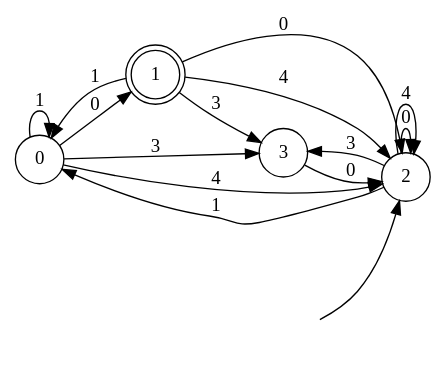
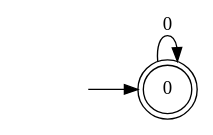
The diagram in dotfiles/DFA17.dot (Faymiaouent/Automa4U), drawn with Graphviz before and after one commit. The commit also changed 42 other files, not shown here.

```diff
--- a/dotfiles/DFA17.dot
+++ b/dotfiles/DFA17.dot
@@ -1,22 +1,7 @@
 digraph Automaton {
   rankdir = LR;
-node [shape=circle];
-  0 -> 1 [label="0"];
-  0 -> 2 [label="4"];
-  0 -> 0 [label="1"];
-  0 -> 3 [label="3"];
-1 [shape=doublecircle]; 
-  1 -> 2 [label="0"];
-  1 -> 2 [label="4"];
-  1 -> 0 [label="1"];
-  1 -> 3 [label="3"];
-node [shape=circle];
+0 [shape=doublecircle]; 
   initial [shape=plaintext,label=""];
-  initial -> 2
-  2 -> 2 [label="0"];
-  2 -> 2 [label="4"];
-  2 -> 0 [label="1"];
-  2 -> 3 [label="3"];
-node [shape=circle];
-  3 -> 2 [label="0"];
+  initial -> 0
+  0 -> 0 [label="0"];
 }
```
